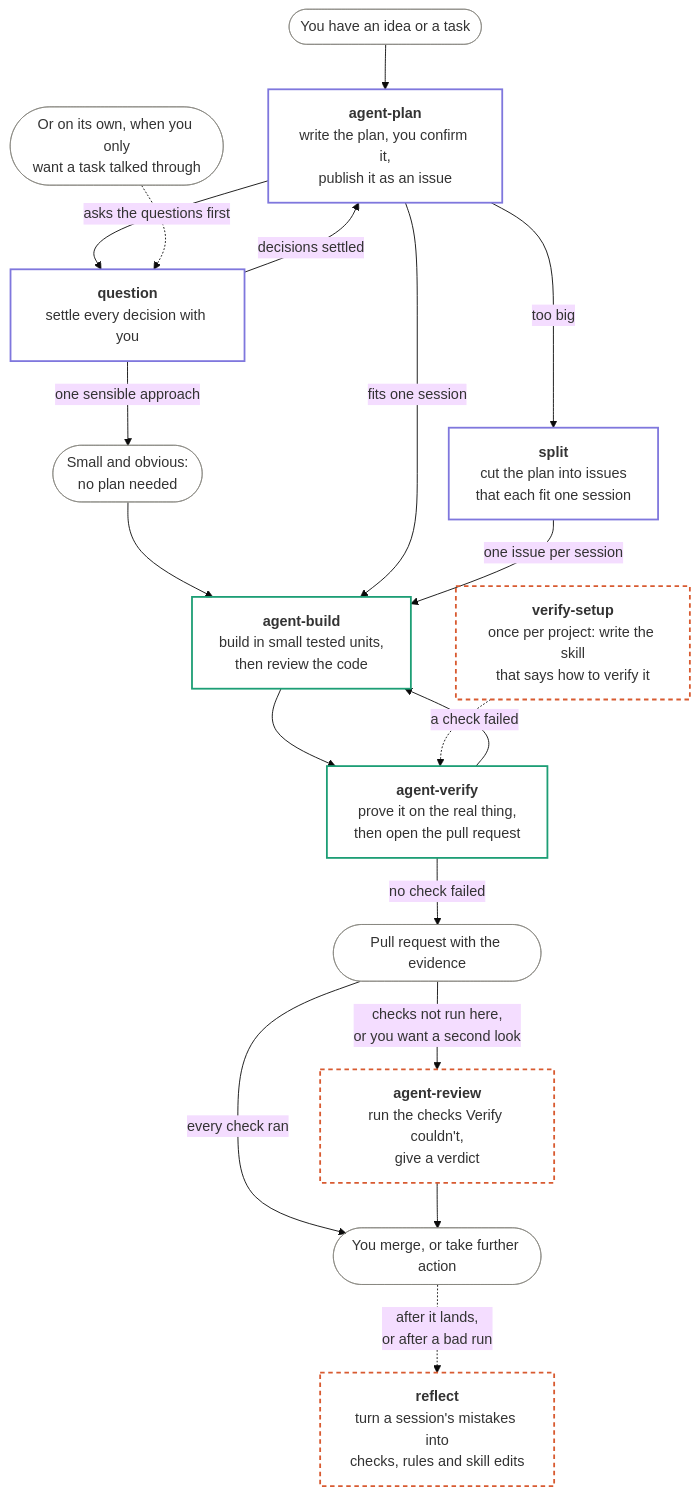
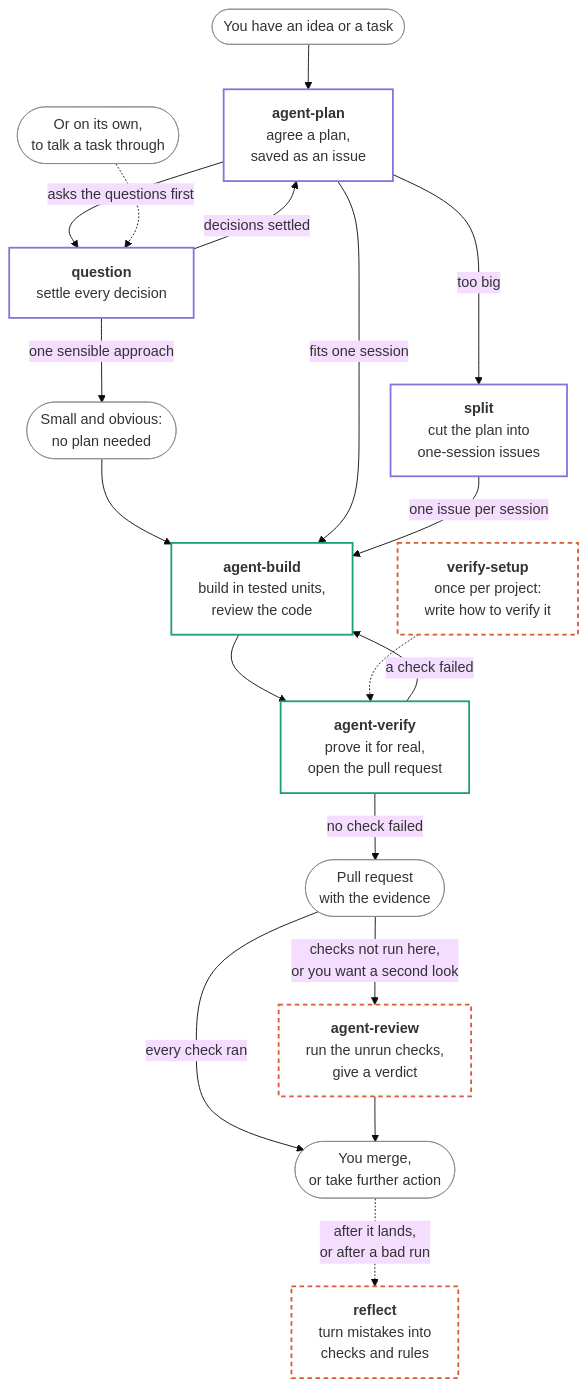
One commit to sirbastio/.dotfiles changed the diagram in .agents/skills/README.md. Above: the diagram before and after it, drawn with Mermaid (base theme).

Commit message:
feat: shorten the box text in the skills flowchart

````diff
--- a/.agents/skills/README.md
+++ b/.agents/skills/README.md
@@ -11,43 +11,43 @@
 ```mermaid
 flowchart TD
     idea([You have an idea or a task])
-    plan["<b>agent-plan</b><br/>write the plan, you confirm it,<br/>publish it as an issue"]
-    question["<b>question</b><br/>settle every decision with you"]
-    solo([Or on its own, when you only<br/>want a task talked through])
+    plan["<b>agent-plan</b><br/>agree a plan,<br/>saved as an issue"]
+    question["<b>question</b><br/>settle every decision"]
+    solo([Or on its own,<br/>to talk a task through])
     small([Small and obvious:<br/>no plan needed])
-    split["<b>split</b><br/>cut the plan into issues<br/>that each fit one session"]
-    build["<b>agent-build</b><br/>build in small tested units,<br/>then review the code"]
-    verify["<b>agent-verify</b><br/>prove it on the real thing,<br/>then open the pull request"]
-    pr([Pull request with the evidence])
-    review["<b>agent-review</b><br/>run the checks Verify couldn't,<br/>give a verdict"]
-    merge([You merge, or take further action])
-    setup["<b>verify-setup</b><br/>once per project: write the skill<br/>that says how to verify it"]
-    reflect["<b>reflect</b><br/>turn a session's mistakes into<br/>checks, rules and skill edits"]
+    split["<b>split</b><br/>cut the plan into<br/>one-session issues"]
+    build["<b>agent-build</b><br/>build in tested units,<br/>review the code"]
+    verify["<b>agent-verify</b><br/>prove it for real,<br/>open the pull request"]
+    pr([Pull request<br/>with the evidence])
+    review["<b>agent-review</b><br/>run the unrun checks,<br/>give a verdict"]
+    merge([You merge,<br/>or take further action])
+    setup["<b>verify-setup</b><br/>once per project:<br/>write how to verify it"]
+    reflect["<b>reflect</b><br/>turn mistakes into<br/>checks and rules"]
 
     idea --> plan
     plan -->|asks the questions first| question
     question -->|decisions settled| plan
     question -->|one sensible approach| small
     solo -.-> question
     small --> build
     plan -->|fits one session| build
     plan -->|too big| split
     split -->|one issue per session| build
     build --> verify
     verify -->|a check failed| build
     verify -->|no check failed| pr
     pr -->|every check ran| merge
     pr -->|checks not run here,<br/>or you want a second look| review
     review --> merge
     setup -.-> verify
     merge -.->|after it lands,<br/>or after a bad run| reflect
 
     classDef you fill:none,stroke:#888780,stroke-width:1px
     classDef withYou fill:none,stroke:#7F77DD,stroke-width:2px
     classDef alone fill:none,stroke:#1D9E75,stroke-width:2px
     classDef sometimes fill:none,stroke:#D85A30,stroke-width:2px,stroke-dasharray:5 4
     class idea,solo,small,pr,merge you
     class plan,question,split withYou
     class build,verify alone
     class review,setup,reflect sometimes
 ```
````
